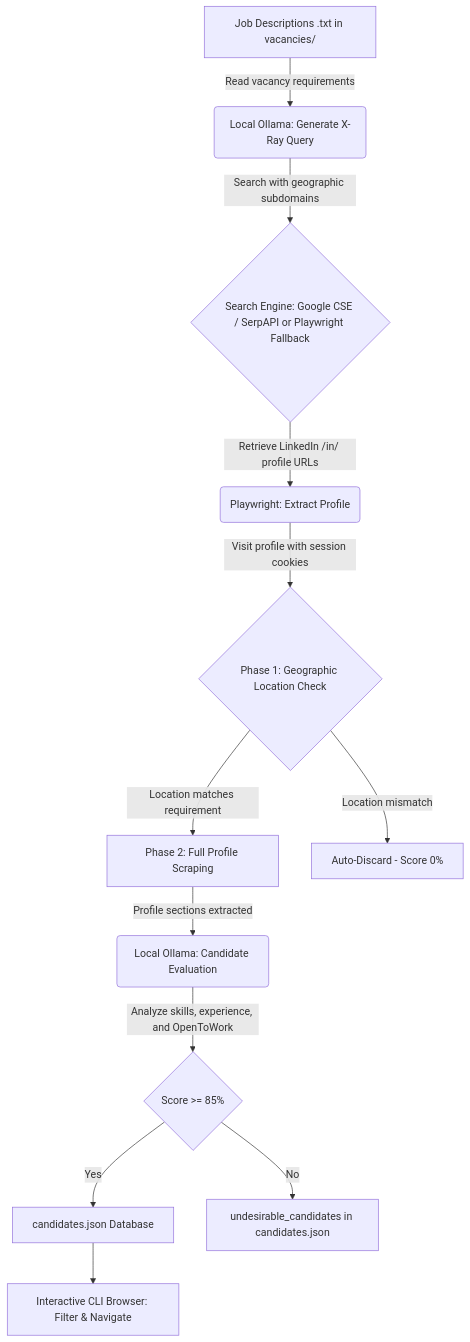
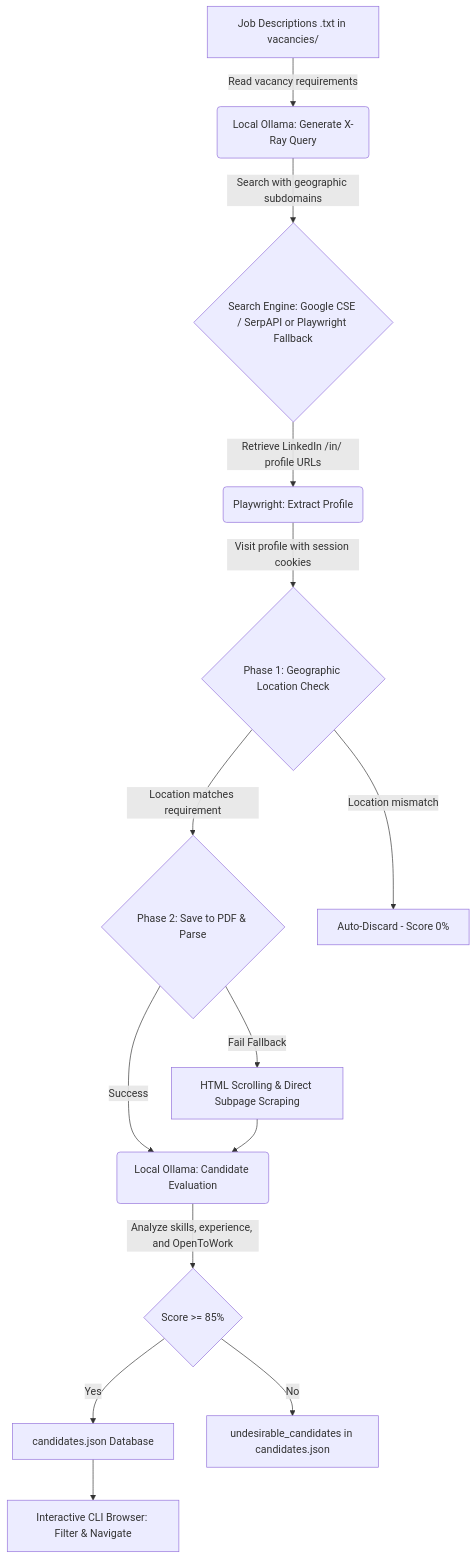
The diagram in README.md (ChristianRM/referlooker), drawn with Mermaid before and after one commit. The commit also changed other lines of this file and 2 other files, not shown here.

Commit message:
feat: implement native PDF profile extraction flow and update documentation

````diff
--- a/README.md
+++ b/README.md
@@ -13,14 +13,16 @@
 ```mermaid
 graph TD
     A[Job Descriptions .txt in vacancies/] -->|Read vacancy requirements| B(Local Ollama: Generate X-Ray Query)
     B -->|Search with geographic subdomains| C{Search Engine: Google CSE / SerpAPI or Playwright Fallback}
     C -->|Retrieve LinkedIn /in/ profile URLs| D(Playwright: Extract Profile)
     D -->|Visit profile with session cookies| E{Phase 1: Geographic Location Check}
-    E -->|Location matches requirement| F[Phase 2: Full Profile Scraping]
+    E -->|Location matches requirement| F{Phase 2: Save to PDF & Parse}
+    F -->|Success| H(Local Ollama: Candidate Evaluation)
+    F -->|Fail Fallback| F_FB[HTML Scrolling & Direct Subpage Scraping]
+    F_FB --> H
     E -->|Location mismatch| G[Auto-Discard - Score 0%]
-    F -->|Profile sections extracted| H(Local Ollama: Candidate Evaluation)
     H -->|Analyze skills, experience, and OpenToWork| I{Score >= 85%}
     I -->|Yes| J[candidates.json Database]
     I -->|No| K[undesirable_candidates in candidates.json]
     J --> L[Interactive CLI Browser: Filter & Navigate]
 ```
````
